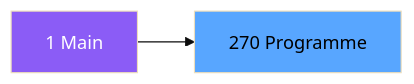
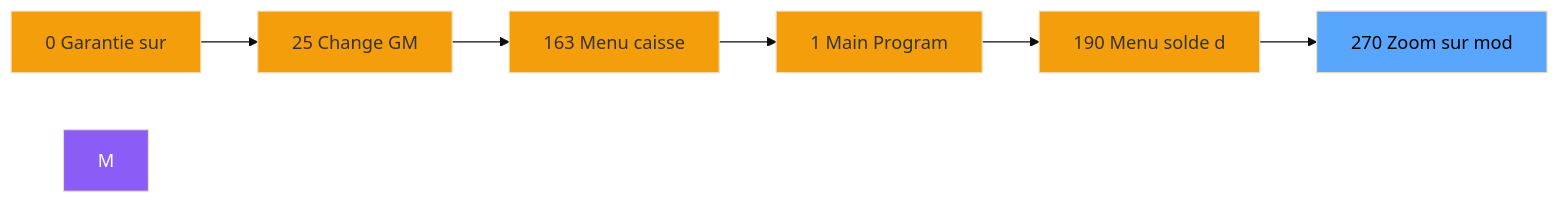
The second of 3 diagrams in .openspec/specs/ADH-IDE-270.md (thonyAGP/magic-migration), drawn with Mermaid (base theme) before and after one commit. The commit also changed other lines of this file and 323 other files, not shown here.

````diff
--- a/.openspec/specs/ADH-IDE-270.md
+++ b/.openspec/specs/ADH-IDE-270.md
@@ -98,8 +113,21 @@
 ```mermaid
 graph LR
-    M[1 Main]
-    T[270 Programme]
-    M --> T
+    N0[0 Garantie sur]
+    N25[25 Change GM]
+    N163[163 Menu caisse ]
+    N1[1 Main Program]
+    N190[190 Menu solde d]
+    T[270 Zoom sur mod]
+    N0 --> N25
+    N25 --> N163
+    N163 --> N1
+    N1 --> N190
+    N190 --> T
     style M fill:#8b5cf6,color:#fff
+    style N0 fill:#f59e0b
+    style N25 fill:#f59e0b
+    style N163 fill:#f59e0b
+    style N1 fill:#f59e0b
+    style N190 fill:#f59e0b
     style T fill:#58a6ff,color:#000
 ```
````
